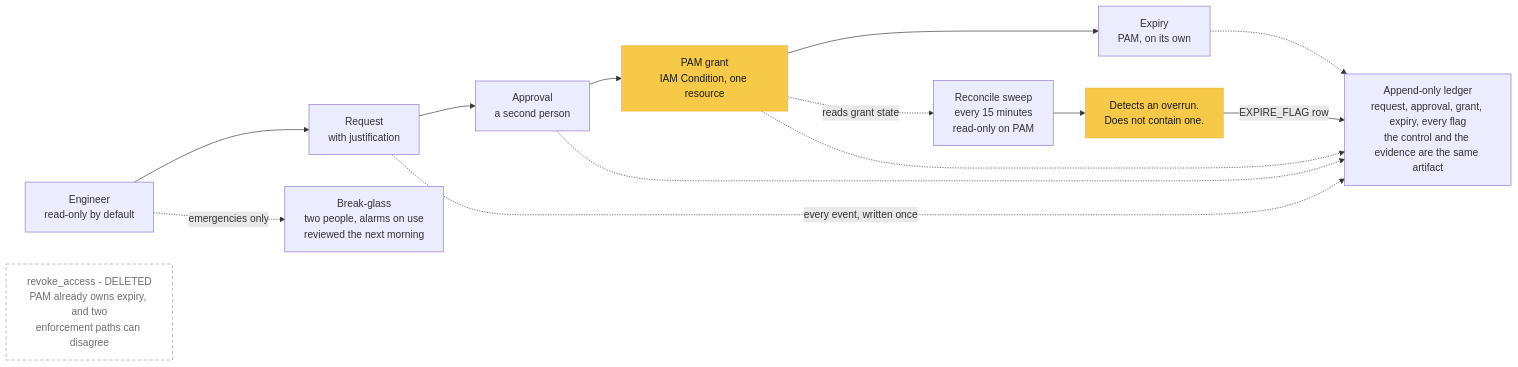
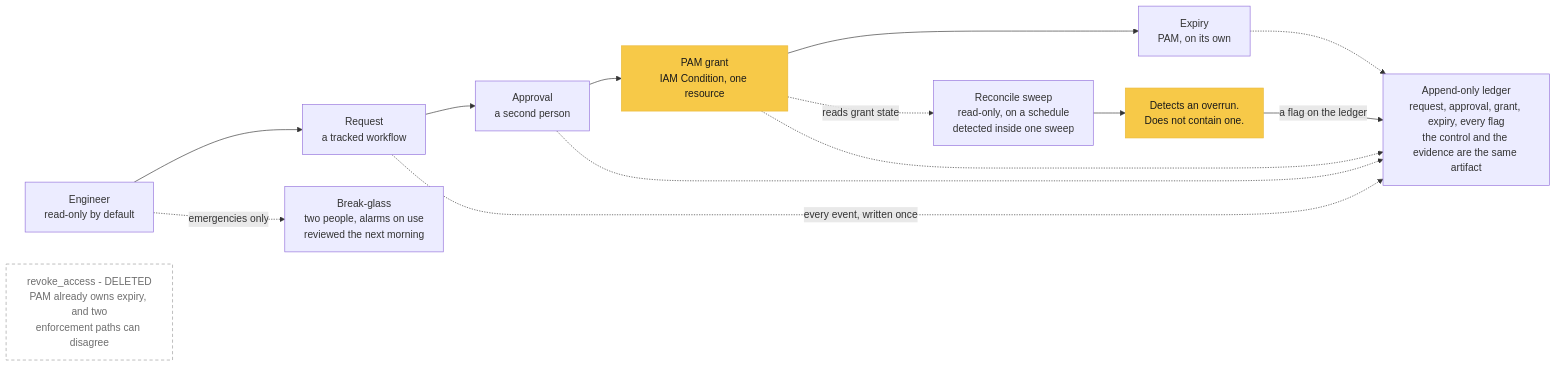
The second of 2 diagrams in design-cases/case-1-payment-api-migration.md (Bigbadlonewolf/BIGBADLONEWOLF), drawn with Mermaid before and after one commit.

Commit message:
Keep the grant-lifecycle diagram to what the page actually says

````diff
--- a/design-cases/case-1-payment-api-migration.md
+++ b/design-cases/case-1-payment-api-migration.md
@@ -94,25 +94,25 @@
 ```mermaid
 flowchart LR
-    E["Engineer<br>read-only by default"] --> R["Request<br>with justification"]
+    E["Engineer<br>read-only by default"] --> R["Request<br>a tracked workflow"]
     R --> A["Approval<br>a second person"]
     A --> G["PAM grant<br>IAM Condition, one resource"]
     G --> X["Expiry<br>PAM, on its own"]
 
     E -. "emergencies only" .-> BG["Break-glass<br>two people, alarms on use<br>reviewed the next morning"]
 
-    G -. "reads grant state" .-> S["Reconcile sweep<br>every 15 minutes<br>read-only on PAM"]
+    G -. "reads grant state" .-> S["Reconcile sweep<br>read-only, on a schedule<br>detected inside one sweep"]
     S --> DET["Detects an overrun.<br>Does not contain one."]
-    DET -- "EXPIRE_FLAG row" --> L
+    DET -- "a flag on the ledger" --> L
 
     DEL["revoke_access - DELETED<br>PAM already owns expiry, and two<br>enforcement paths can disagree"]
 
     R -. "every event, written once" .-> L["Append-only ledger<br>request, approval, grant, expiry, every flag<br>the control and the evidence are the same artifact"]
     A -.-> L
     G -.-> L
     X -.-> L
 
     classDef key fill:#F7C948,stroke:#EAB938,color:#1A1A1A
     classDef gone fill:none,stroke:#9A9A9A,stroke-dasharray:5 4,color:#6E6E6E
     class G,DET key
     class DEL gone
 ```
````
